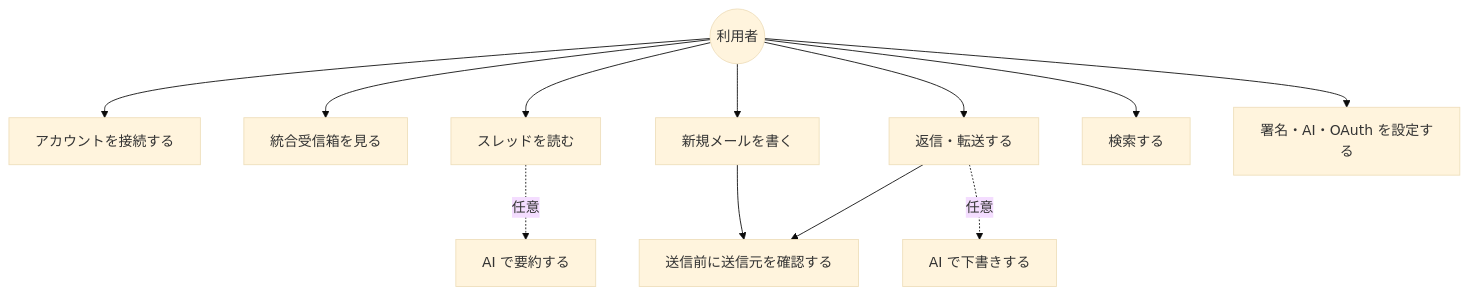
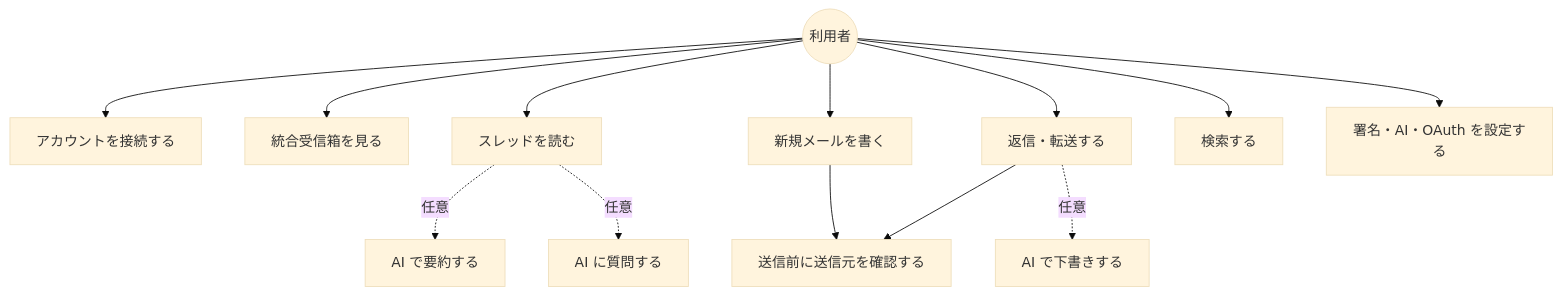
Before and after one commit to ousiassllc/hitomado: the first of 3 diagrams in docs/requirements/functional.md, drawn with Mermaid (base theme). The commit also changed other lines of this file and 5 other files, not shown here.

````diff
--- a/docs/requirements/functional.md
+++ b/docs/requirements/functional.md
@@ -14,15 +14,16 @@
 ```mermaid
 graph TD
   U((利用者))
   U --> UC1[アカウントを接続する]
   U --> UC2[統合受信箱を見る]
   U --> UC3[スレッドを読む]
   U --> UC4[返信・転送する]
   U --> UC5[新規メールを書く]
   U --> UC6[検索する]
   U --> UC7[署名・AI・OAuth を設定する]
   UC4 --> UC8[送信前に送信元を確認する]
   UC5 --> UC8
   UC4 -.任意.-> UC9[AI で下書きする]
   UC3 -.任意.-> UC10[AI で要約する]
+  UC3 -.任意.-> UC11[AI に質問する]
 ```
````
